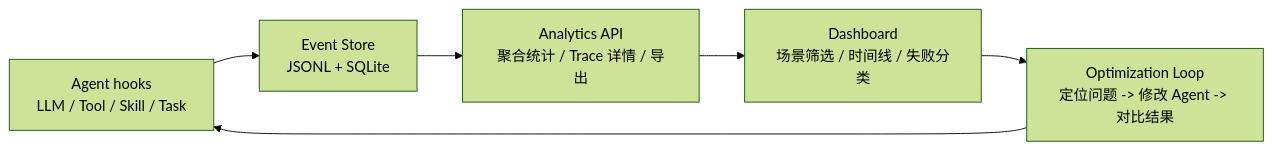
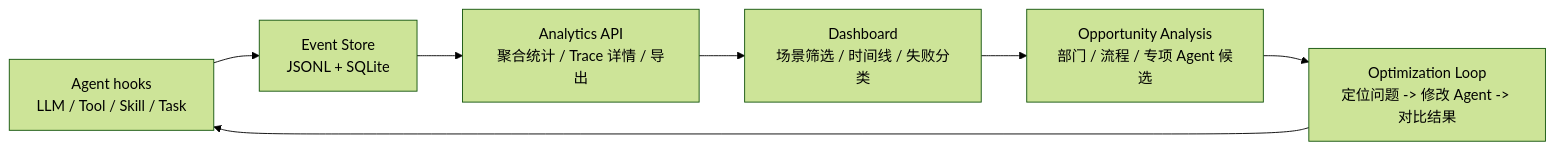
One commit to felix-windsor/hermes-agent-observability changed the diagram in README.md. Above: the diagram before and after it, drawn with Mermaid (forest theme). The commit also changed other lines of this file and 7 other files, not shown here.

Commit message:
add department agent opportunity analysis

````diff
--- a/README.md
+++ b/README.md
@@ -23,8 +24,9 @@
 ```mermaid
 flowchart LR
   A["Agent hooks<br/>LLM / Tool / Skill / Task"] --> B["Event Store<br/>JSONL + SQLite"]
   B --> C["Analytics API<br/>聚合统计 / Trace 详情 / 导出"]
   C --> D["Dashboard<br/>场景筛选 / 时间线 / 失败分类"]
-  D --> E["Optimization Loop<br/>定位问题 -> 修改 Agent -> 对比结果"]
-  E --> A
+  D --> E["Opportunity Analysis<br/>部门 / 流程 / 专项 Agent 候选"]
+  E --> F["Optimization Loop<br/>定位问题 -> 修改 Agent -> 对比结果"]
+  F --> A
 ```
````
